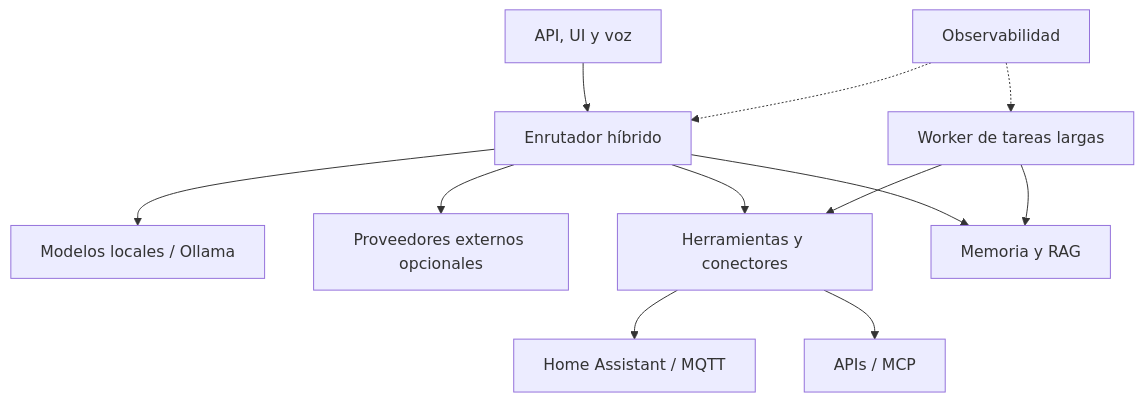
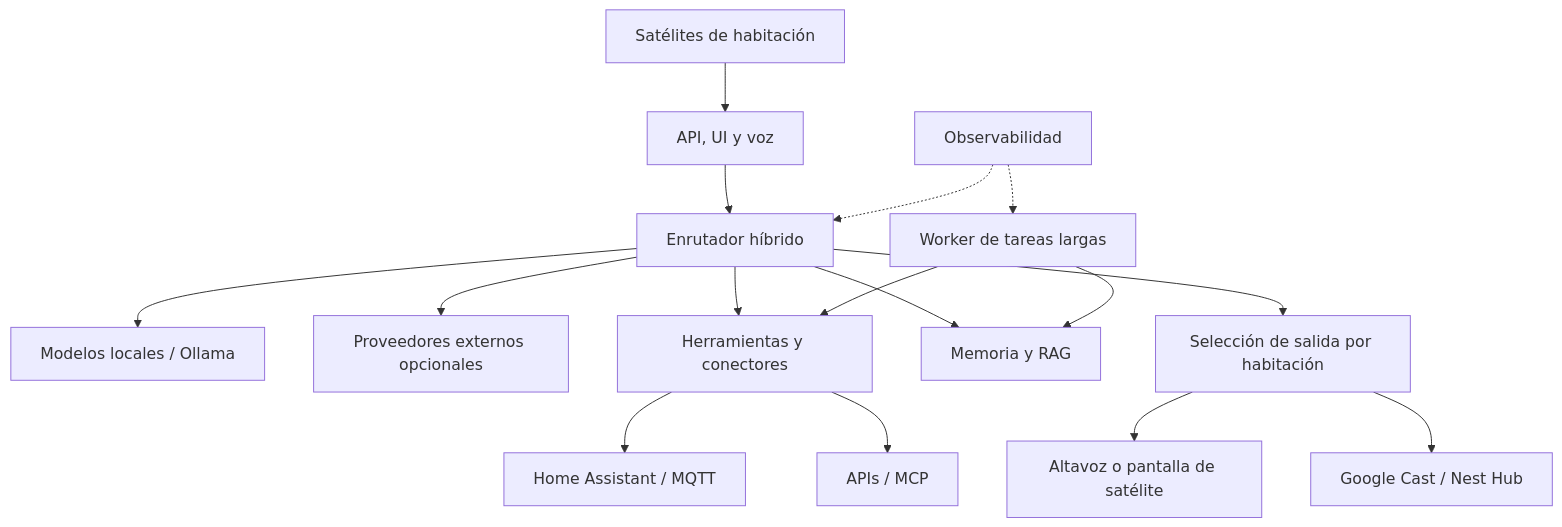
The second of 2 diagrams in README.md (carlos-aisa/LocalAssistant), drawn with Mermaid before and after one commit. The commit also changed 5 other files, not shown here.

Commit message:
Document room satellite roadmap

````diff
--- a/README.md
+++ b/README.md
@@ -126,14 +126,18 @@
 ```mermaid
 flowchart TB
     Channels[API, UI y voz] --> Router[Enrutador híbrido]
+    Satellites[Satélites de habitación] --> Channels
     Router --> Local[Modelos locales / Ollama]
     Router --> External[Proveedores externos opcionales]
     Router --> Tools[Herramientas y conectores]
     Tools --> HA[Home Assistant / MQTT]
     Tools --> MCP[APIs / MCP]
     Router --> Memory[Memoria y RAG]
     Worker[Worker de tareas largas] --> Memory
     Worker --> Tools
+    Router --> OutputRouter[Selección de salida por habitación]
+    OutputRouter --> SatelliteOutput[Altavoz o pantalla de satélite]
+    OutputRouter --> Cast[Google Cast / Nest Hub]
     Observability[Observabilidad] -.-> Router
     Observability -.-> Worker
 ```
````
